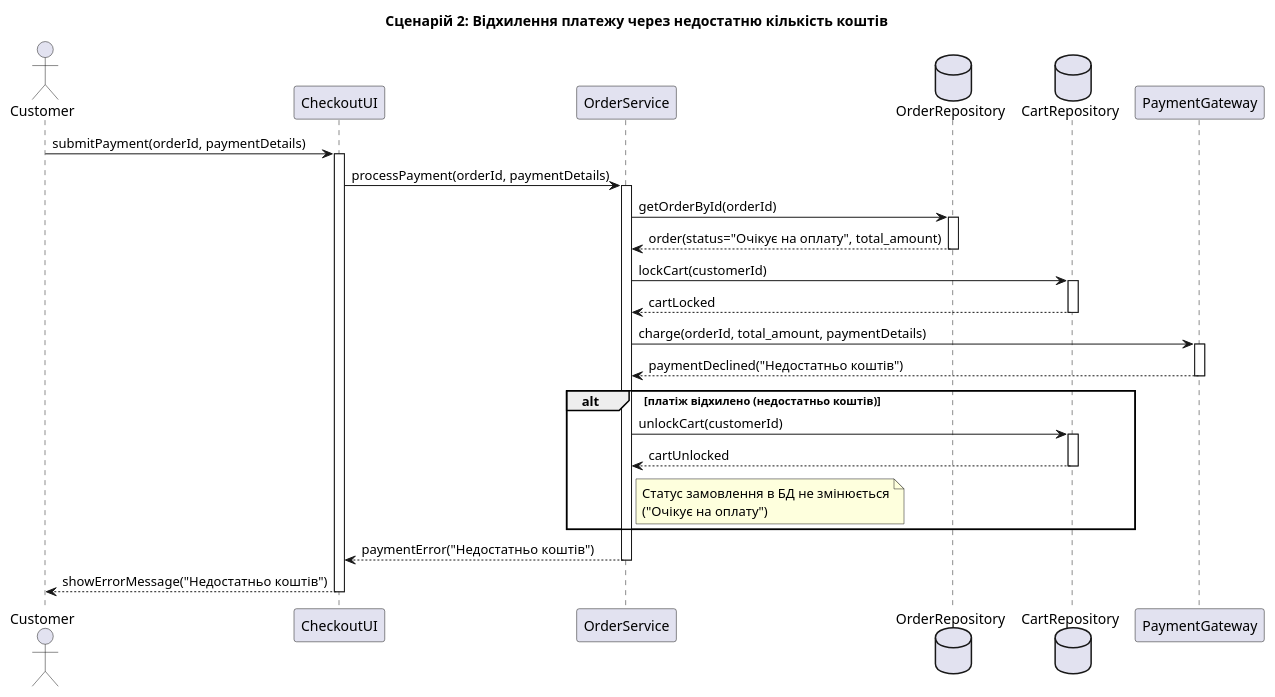
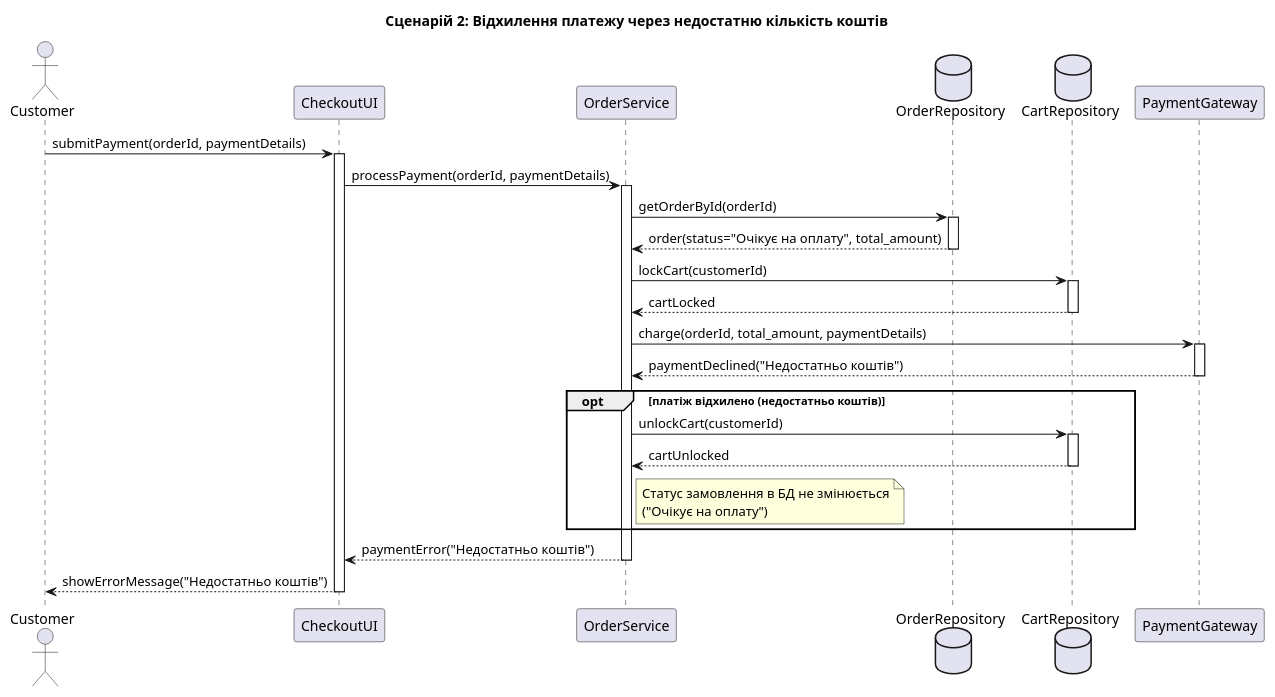
Before and after one commit to thefvl1s/KPI: the diagram in LAB3/scenario2_insufficient_funds.puml, drawn with PlantUML. The commit also changed 2 other files, not shown here.

Commit message:
enforce UML opt/alt semantics in scenarios 2 and 4

```diff
--- a/LAB3/scenario2_insufficient_funds.puml
+++ b/LAB3/scenario2_insufficient_funds.puml
@@ -1,49 +1,49 @@
 @startuml
 title Сценарій 2: Відхилення платежу через недостатню кількість коштів
 
 actor Customer
 participant CheckoutUI
 participant OrderService
 database OrderRepository
 database CartRepository
 participant PaymentGateway
 
 Customer -> CheckoutUI: submitPayment(orderId, paymentDetails)
 activate CheckoutUI
 
 CheckoutUI -> OrderService: processPayment(orderId, paymentDetails)
 activate OrderService
 
 OrderService -> OrderRepository: getOrderById(orderId)
 activate OrderRepository
 OrderRepository --> OrderService: order(status="Очікує на оплату", total_amount)
 deactivate OrderRepository
 
 OrderService -> CartRepository: lockCart(customerId)
 activate CartRepository
 CartRepository --> OrderService: cartLocked
 deactivate CartRepository
 
 OrderService -> PaymentGateway: charge(orderId, total_amount, paymentDetails)
 activate PaymentGateway
 PaymentGateway --> OrderService: paymentDeclined("Недостатньо коштів")
 deactivate PaymentGateway
 
-alt платіж відхилено (недостатньо коштів)
+opt платіж відхилено (недостатньо коштів)
   OrderService -> CartRepository: unlockCart(customerId)
   activate CartRepository
   CartRepository --> OrderService: cartUnlocked
   deactivate CartRepository
 
   note right of OrderService
     Статус замовлення в БД не змінюється
     ("Очікує на оплату")
   end note
 end
 
 OrderService --> CheckoutUI: paymentError("Недостатньо коштів")
 deactivate OrderService
 
 CheckoutUI --> Customer: showErrorMessage("Недостатньо коштів")
 deactivate CheckoutUI
 @enduml
```
